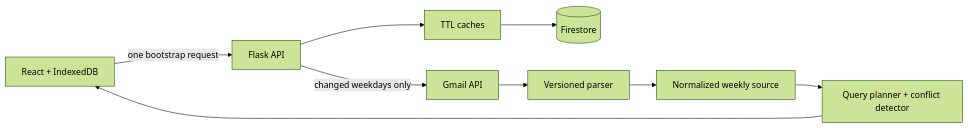
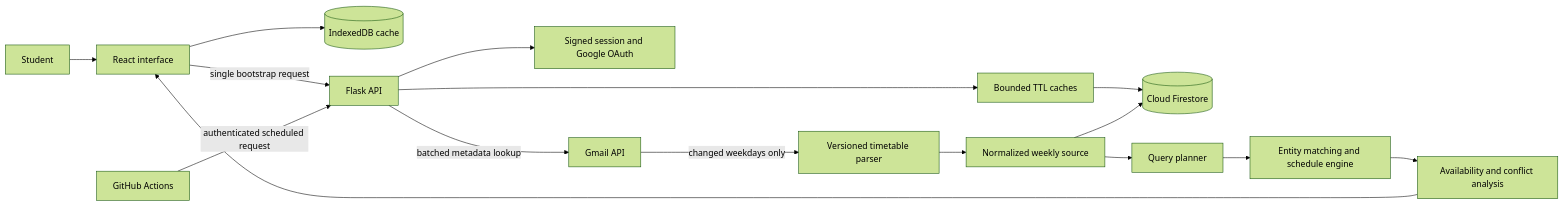
Before and after one commit to muneeb-anjum0/ClassWire: the diagram in README.md, drawn with Mermaid (forest theme). The commit also changed other lines of this file, not shown here.

````diff
--- a/README.md
+++ b/README.md
@@ -54,11 +126,22 @@
 ```mermaid
 flowchart LR
-  Browser[React + IndexedDB] -->|one bootstrap request| API[Flask API]
-  API --> Memory[TTL caches]
-  Memory --> Firestore[(Firestore)]
-  API -->|changed weekdays only| Gmail[Gmail API]
-  Gmail --> Parser[Versioned parser]
-  Parser --> Source[Normalized weekly source]
-  Source --> Search[Query planner + conflict detector]
-  Search --> Browser
+  U[Student] --> UI[React interface]
+  UI --> IDB[(IndexedDB cache)]
+  UI -->|single bootstrap request| API[Flask API]
+
+  API --> AUTH[Signed session and Google OAuth]
+  API --> MEM[Bounded TTL caches]
+  MEM --> FS[(Cloud Firestore)]
+
+  API -->|batched metadata lookup| GM[Gmail API]
+  GM -->|changed weekdays only| PARSER[Versioned timetable parser]
+  PARSER --> NORMAL[Normalized weekly source]
+  NORMAL --> FS
+
+  NORMAL --> PLAN[Query planner]
+  PLAN --> SEARCH[Entity matching and schedule engine]
+  SEARCH --> CONFLICT[Availability and conflict analysis]
+  CONFLICT --> UI
+
+  GH[GitHub Actions] -->|authenticated scheduled request| API
 ```
````
